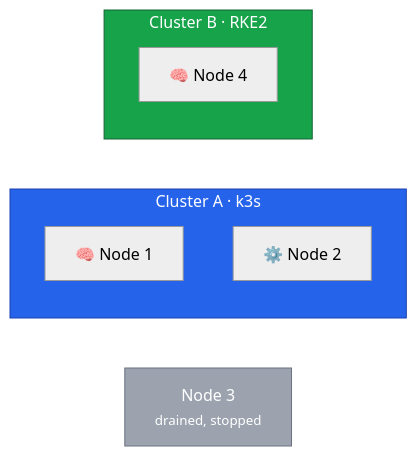
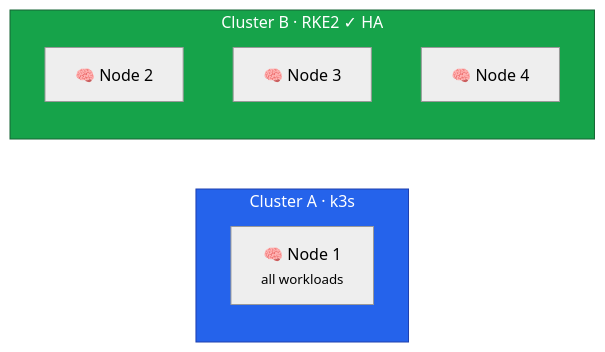
The second of 2 diagrams in guides/migrating-k3s-to-rke2-without-downtime/lesson-12.md (philprime/philprime.dev), drawn with Mermaid (neutral theme) before and after one commit. The commit also changed other lines of this file and 6 other files, not shown here.

````diff
--- a/guides/migrating-k3s-to-rke2-without-downtime/lesson-12.md
+++ b/guides/migrating-k3s-to-rke2-without-downtime/lesson-12.md
@@ -196,21 +263,18 @@
 ```mermaid!
 flowchart LR
   subgraph A["Cluster A · k3s"]
-    A1["🧠 Node 1"]
-    A2["⚙️ Node 2"]
+    A1["🧠 Node 1<br/><small>all workloads</small>"]
   end
 
-  N3["Node 3<br/><small>drained, stopped</small>"]
-
-  subgraph B["Cluster B · RKE2"]
+  subgraph B["Cluster B · RKE2 ✓ HA"]
+    B2["🧠 Node 2"]
+    B3["🧠 Node 3"]
     B4["🧠 Node 4"]
   end
 
   classDef clusterA fill:#2563eb,color:#fff,stroke:#1e40af
   classDef clusterB fill:#16a34a,color:#fff,stroke:#166534
-  classDef drained fill:#9ca3af,color:#fff,stroke:#6b7280
 
   class A clusterA
   class B clusterB
-  class N3 drained
 ```
````
